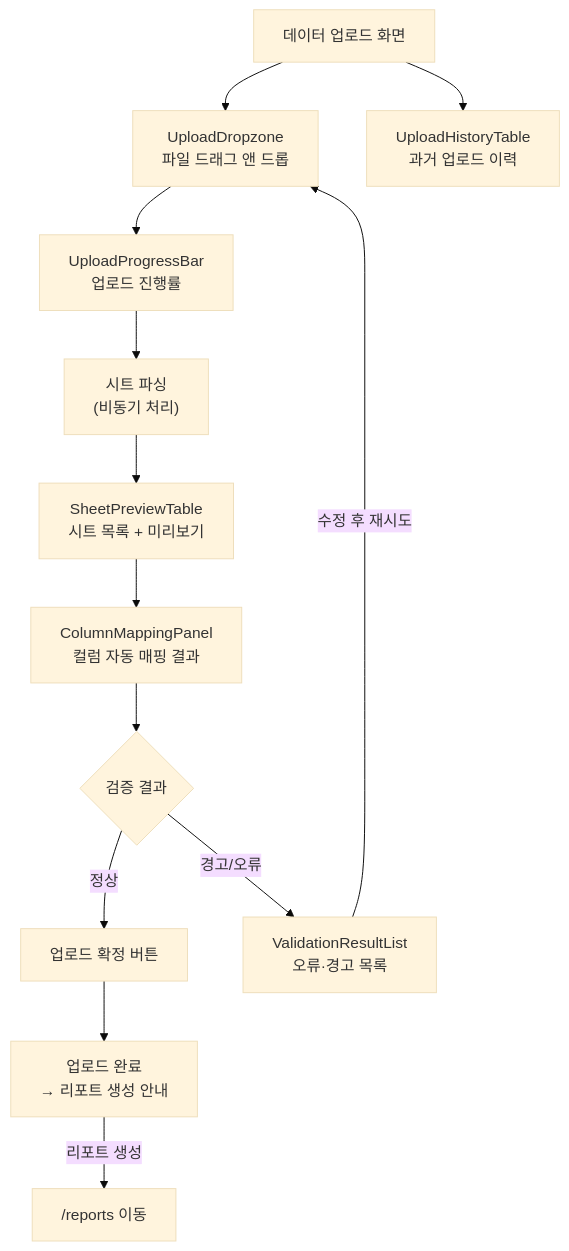
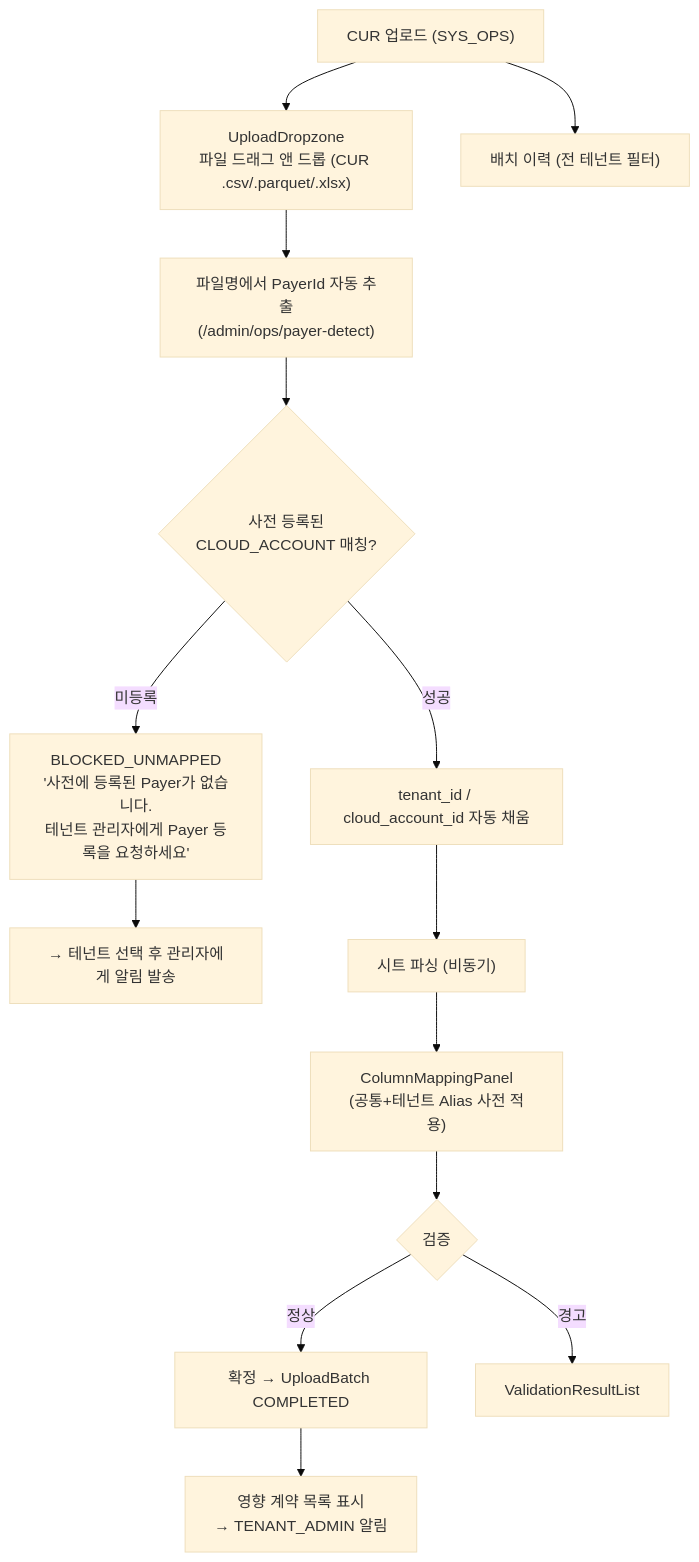
One commit to cloez/cloud-reporting changed the sixth of 10 diagrams in design/screen-flow.md. Above: the diagram before and after it, drawn with Mermaid (base theme). The commit also changed other lines of this file and 18 other files, not shown here.

````diff
--- a/design/screen-flow.md
+++ b/design/screen-flow.md
@@ -106,17 +190,17 @@
 ```mermaid
 flowchart TD
-    UP["데이터 업로드 화면"]
-    UP --> DROP["UploadDropzone\n파일 드래그 앤 드롭"]
-    DROP --> PROGRESS["UploadProgressBar\n업로드 진행률"]
-    PROGRESS --> PARSE["시트 파싱\n(비동기 처리)"]
-    PARSE --> PREVIEW["SheetPreviewTable\n시트 목록 + 미리보기"]
-    PREVIEW --> MAP["ColumnMappingPanel\n컬럼 자동 매핑 결과"]
-    MAP --> VALID{검증 결과}
-    VALID -->|정상| CONFIRM["업로드 확정 버튼"]
-    VALID -->|경고/오류| WARN["ValidationResultList\n오류·경고 목록"]
-    WARN -->|수정 후 재시도| DROP
-    CONFIRM --> DONE["업로드 완료\n→ 리포트 생성 안내"]
-    DONE -->|리포트 생성| REPORTS["/reports 이동"]
-
-    UP --> HISTORY["UploadHistoryTable\n과거 업로드 이력"]
+    UP["CUR 업로드 (SYS_OPS)"]
+    UP --> DROP["UploadDropzone\n파일 드래그 앤 드롭 (CUR .csv/.parquet/.xlsx)"]
+    DROP --> DETECT["파일명에서 PayerId 자동 추출\n(/admin/ops/payer-detect)"]
+    DETECT --> MATCH{사전 등록된\nCLOUD_ACCOUNT 매칭?}
+    MATCH -->|성공| TENANT_SET["tenant_id / cloud_account_id 자동 채움"]
+    MATCH -->|미등록| BLOCK["BLOCKED_UNMAPPED\n'사전에 등록된 Payer가 없습니다.\n테넌트 관리자에게 Payer 등록을 요청하세요'"]
+    BLOCK --> LINK["→ 테넌트 선택 후 관리자에게 알림 발송"]
+    TENANT_SET --> PARSE["시트 파싱 (비동기)"]
+    PARSE --> MAP["ColumnMappingPanel\n(공통+테넌트 Alias 사전 적용)"]
+    MAP --> VALID{검증}
+    VALID -->|정상| CONFIRM["확정 → UploadBatch COMPLETED"]
+    VALID -->|경고| WARN["ValidationResultList"]
+    CONFIRM --> NOTIFY["영향 계약 목록 표시\n→ TENANT_ADMIN 알림"]
+    UP --> HISTORY["배치 이력 (전 테넌트 필터)"]
 ```
````
